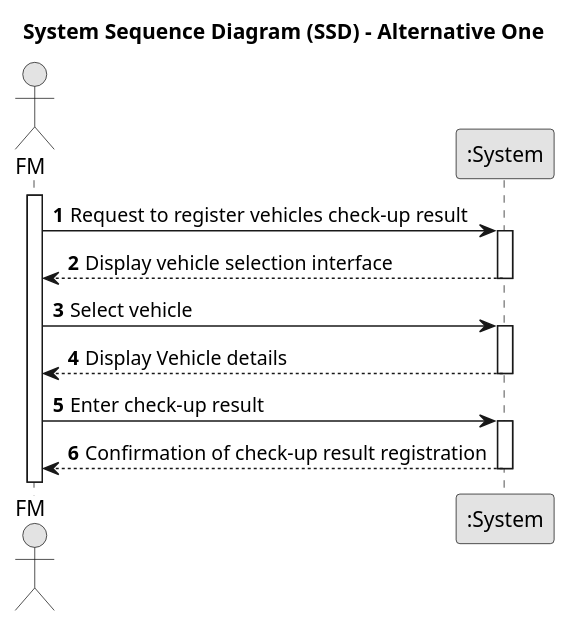
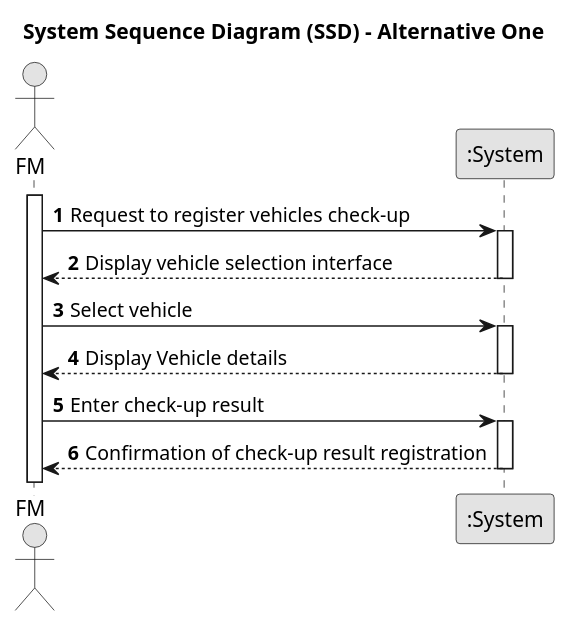
The diagram in docs/sprintA/us007/01.requirements-engineering/puml/us007-system-sequence-diagram-alternative-one.puml (Departamento-de-Engenharia-Informatica/lei-24-s2-1df-1de-g063), drawn with PlantUML before and after one commit. The commit also changed 3 other files, not shown here.

```diff
--- a/docs/sprintA/us007/01.requirements-engineering/puml/us007-system-sequence-diagram-alternative-one.puml
+++ b/docs/sprintA/us007/01.requirements-engineering/puml/us007-system-sequence-diagram-alternative-one.puml
@@ -1,33 +1,33 @@
 @startuml
 skinparam monochrome true
 skinparam packageStyle rectangle
 skinparam shadowing false
 
 title System Sequence Diagram (SSD) - Alternative One
 
 autonumber
 
 actor "FM" as Employee
 participant ":System" as System
 
 activate Employee
 
-    Employee -> System : Request to register vehicles check-up result
+    Employee -> System : Request to register vehicles check-up
     activate System
 
         System --> Employee : Display vehicle selection interface
     deactivate System
 
     Employee -> System : Select vehicle
     activate System
 
         System --> Employee : Display Vehicle details
     deactivate System
 
     Employee -> System : Enter check-up result
     activate System
 
         System --> Employee :  Confirmation of check-up result registration
     deactivate System
 
 @enduml
```
